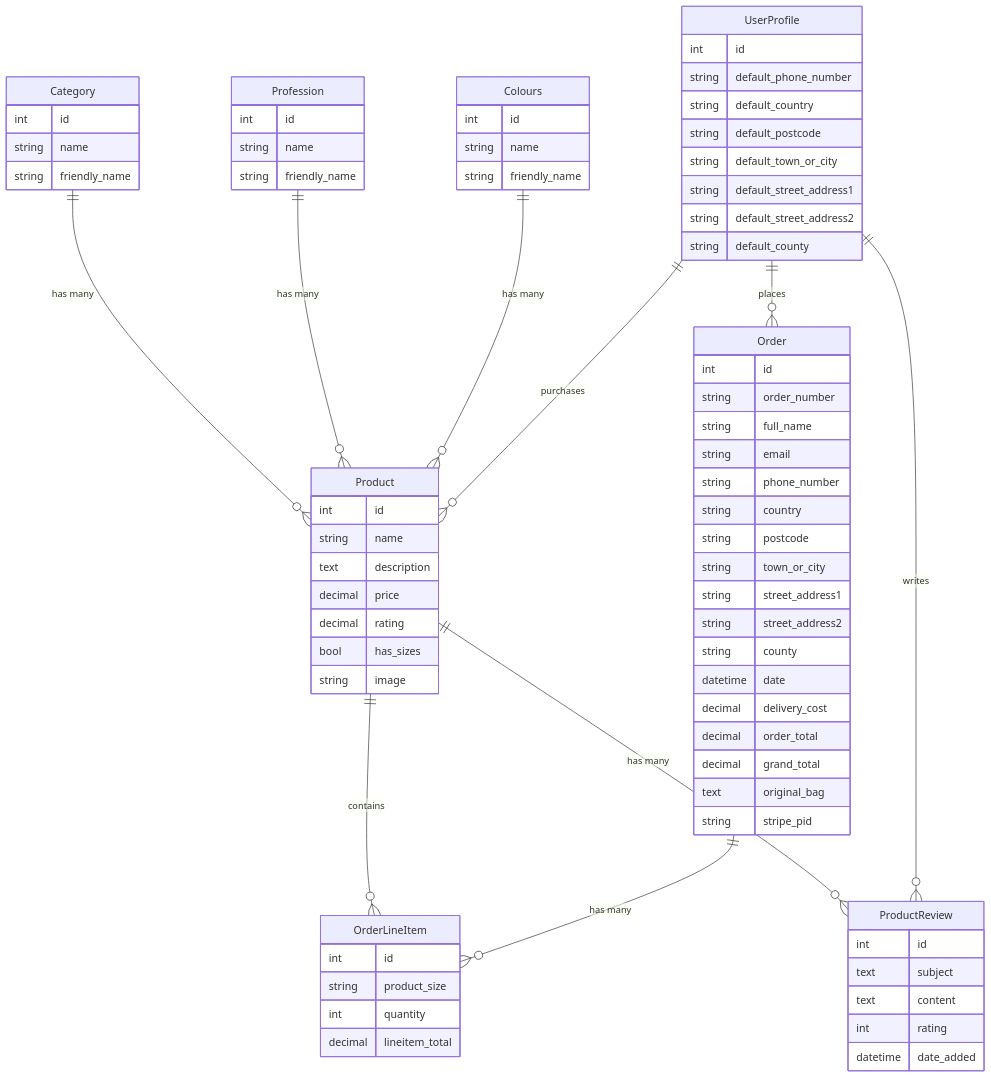
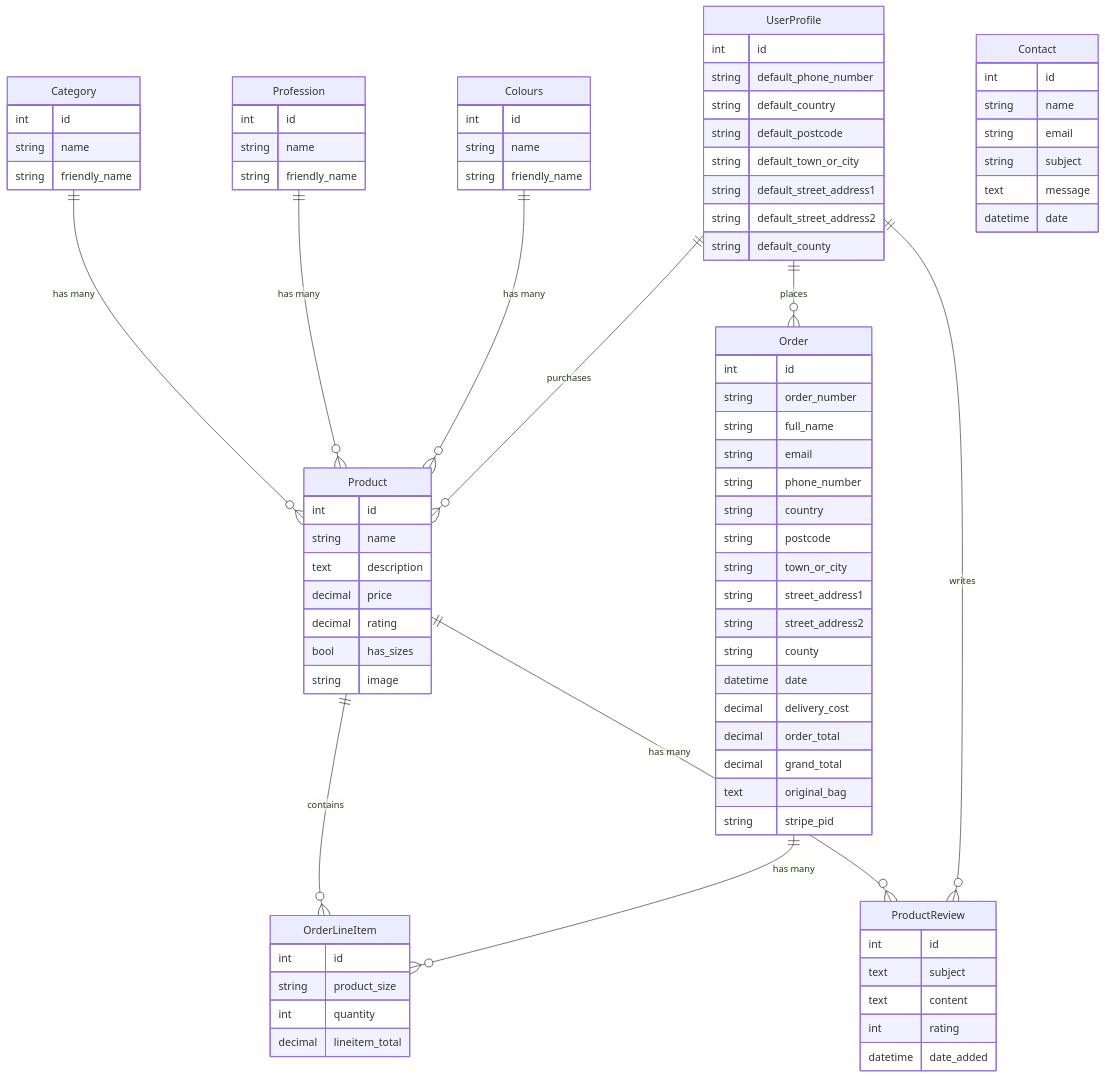
One commit to mikavir/scrub-savers changed the diagram in README.md. Above: the diagram before and after it, drawn with Mermaid. The commit also changed other lines of this file, not shown here.

Commit message:
Update ERD with the contact model

```diff
--- a/README.md
+++ b/README.md
@@ -478,6 +478,15 @@
         datetime date_added
     }
 
+    Contact {
+        int id
+        string name
+        string email
+        string subject
+        text message
+        datetime date
+    }
+
     Category ||--o{ Product : "has many"
     Profession ||--o{ Product : "has many"
     Colours ||--o{ Product : "has many"
```
